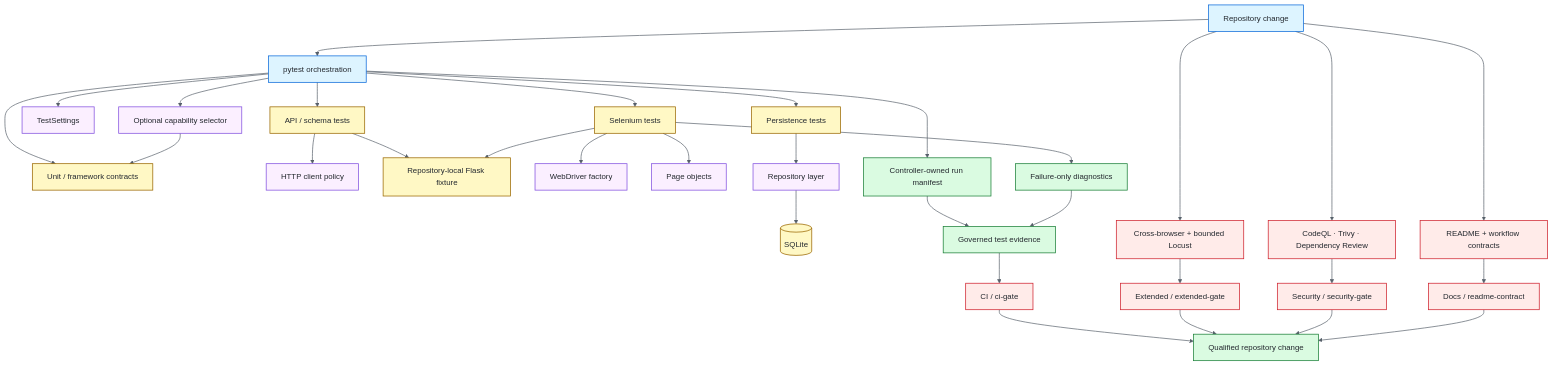
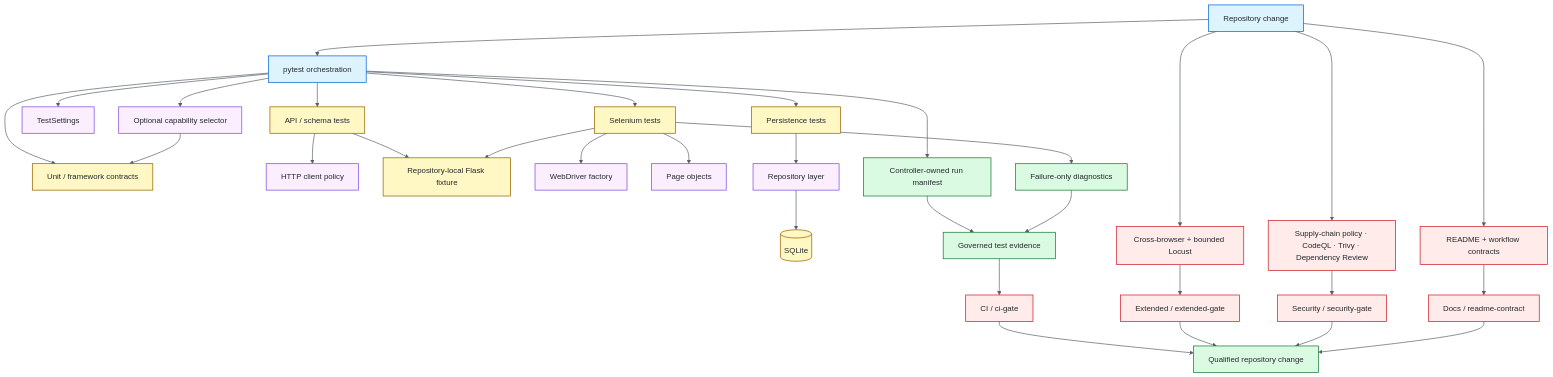
Before and after one commit to portyu9/qa-automation-python-pytest: the diagram in README.md, drawn with Mermaid. The commit also changed other lines of this file, not shown here.

Commit message:
docs: show supply-chain policy in security architecture

````diff
--- a/README.md
+++ b/README.md
@@ -41,49 +41,49 @@
 ```mermaid
 flowchart TD
     CHANGE[Repository change] --> PYTEST[pytest orchestration]
     PYTEST --> SELECT[Optional capability selector]
     PYTEST --> CFG[TestSettings]
     PYTEST --> UNIT[Unit / framework contracts]
     PYTEST --> API[API / schema tests]
     PYTEST --> DB[Persistence tests]
     PYTEST --> UI[Selenium tests]
     SELECT --> UNIT
     API --> HTTP[HTTP client policy]
     API --> FIX[Repository-local Flask fixture]
     UI --> DRIVER[WebDriver factory]
     UI --> PAGE[Page objects]
     UI --> FIX
     DB --> REPO[Repository layer]
     REPO --> SQLITE[(SQLite)]
     PYTEST --> MAN[Controller-owned run manifest]
     UI --> DIAG[Failure-only diagnostics]
     MAN --> REPORTS[Governed test evidence]
     DIAG --> REPORTS
     REPORTS --> CIG[CI / ci-gate]
 
     CHANGE --> EXT[Cross-browser + bounded Locust]
     EXT --> EG[Extended / extended-gate]
 
-    CHANGE --> SEC[CodeQL · Trivy · Dependency Review]
+    CHANGE --> SEC[Supply-chain policy · CodeQL · Trivy · Dependency Review]
     SEC --> SG[Security / security-gate]
 
     CHANGE --> DOCS[README + workflow contracts]
     DOCS --> DG[Docs / readme-contract]
 
     CIG --> RESULT[Qualified repository change]
     EG --> RESULT
     SG --> RESULT
     DG --> RESULT
 
     classDef entry fill:#ddf4ff,stroke:#0969da,color:#24292f,stroke-width:1.5px;
     classDef policy fill:#fbefff,stroke:#8250df,color:#24292f,stroke-width:1.5px;
     classDef runtime fill:#fff8c5,stroke:#9a6700,color:#24292f,stroke-width:1.5px;
     classDef evidence fill:#dafbe1,stroke:#1a7f37,color:#24292f,stroke-width:1.5px;
     classDef gate fill:#ffebe9,stroke:#cf222e,color:#24292f,stroke-width:1.5px;
     class CHANGE,PYTEST entry;
     class SELECT,CFG,HTTP,DRIVER,PAGE,REPO policy;
     class UNIT,API,DB,UI,FIX,SQLITE runtime;
     class MAN,DIAG,REPORTS,RESULT evidence;
     class EXT,EG,SEC,SG,DOCS,DG,CIG gate;
     linkStyle default stroke:#57606a,stroke-width:1.4px;
 ```
````
